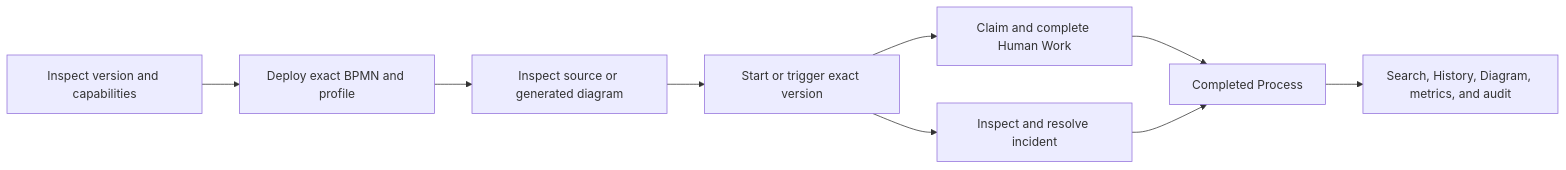
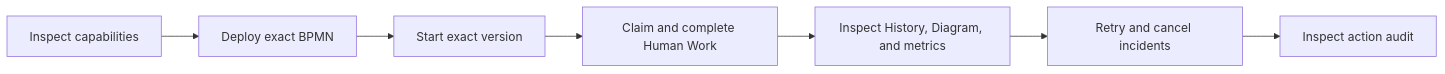
One commit to mbackschat/bpmn-lean-experiment changed the diagram in docs/BPM-PLATFORM-BROWSER-WALKTHROUGH.md. Above: the diagram before and after it, drawn with Mermaid. The commit also changed other lines of this file and 38 other files, not shown here.

````diff
--- a/docs/BPM-PLATFORM-BROWSER-WALKTHROUGH.md
+++ b/docs/BPM-PLATFORM-BROWSER-WALKTHROUGH.md
@@ -16,11 +20,9 @@
 ```mermaid
 flowchart LR
-  About[Inspect version and capabilities] --> Deploy[Deploy exact BPMN and profile]
-  Deploy --> Diagram[Inspect source or generated diagram]
-  Diagram --> Start[Start or trigger exact version]
+  About[Inspect capabilities] --> Deploy[Deploy exact BPMN]
+  Deploy --> Start[Start exact version]
   Start --> Work[Claim and complete Human Work]
-  Start --> Incident[Inspect and resolve incident]
-  Work --> Complete[Completed Process]
-  Incident --> Complete
-  Complete --> Operate[Search, History, Diagram, metrics, and audit]
+  Work --> Operate[Inspect History, Diagram, and metrics]
+  Operate --> Incidents[Retry and cancel incidents]
+  Incidents --> Audit[Inspect action audit]
 ```
````
